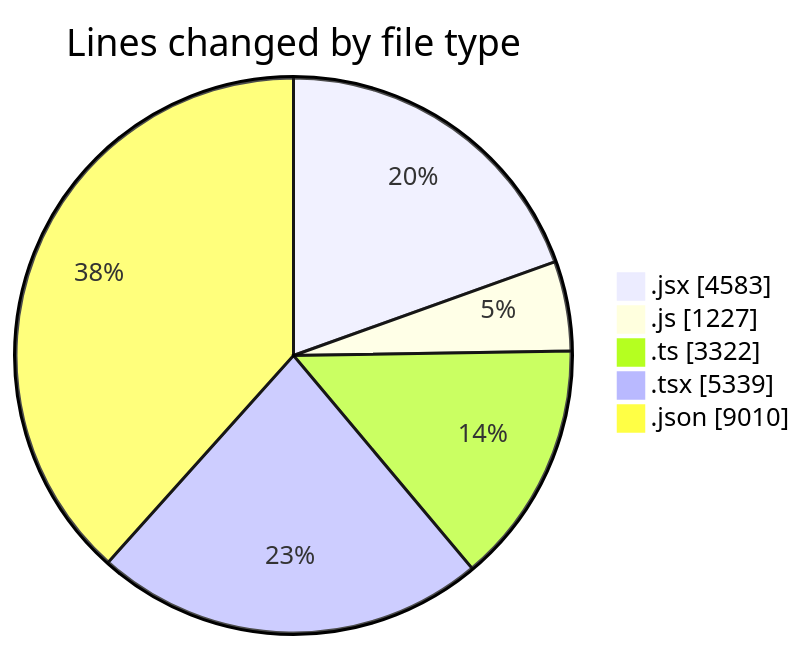
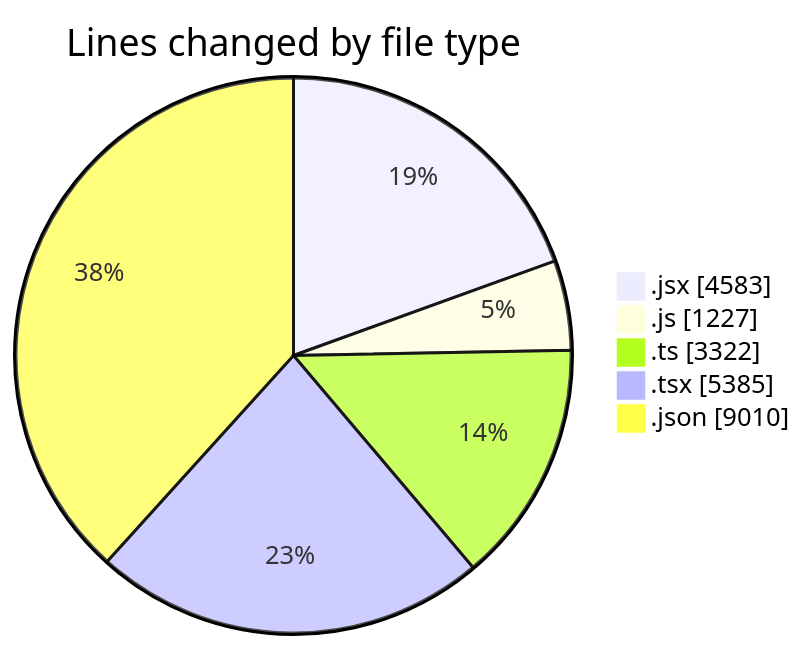
The first of 2 diagrams in 2026-01-21/nxtqube_webapp/README.md (nxtqubesakshisongat/code-tracking), drawn with Mermaid before and after one commit. The commit also changed other lines of this file and 1 other file, not shown here.

````diff
--- a/2026-01-21/nxtqube_webapp/README.md
+++ b/2026-01-21/nxtqube_webapp/README.md
@@ -35,9 +35,9 @@
 ```mermaid
 pie showData
 title Lines changed by file type
 ".jsx" : 4583
 ".js" : 1227
 ".ts" : 3322
-".tsx" : 5339
+".tsx" : 5385
 ".json" : 9010
 ```
````
